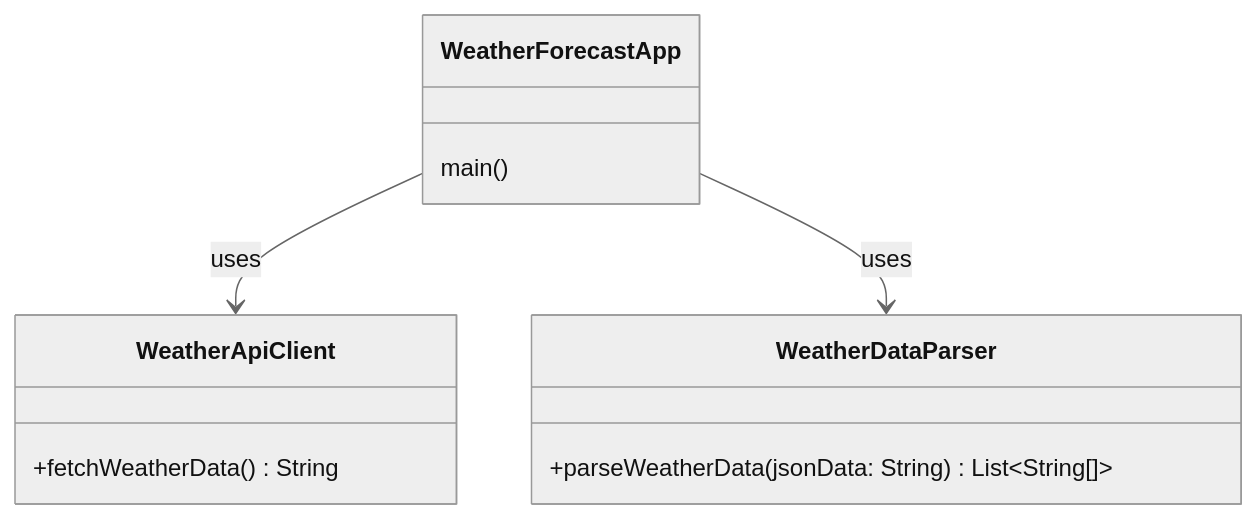
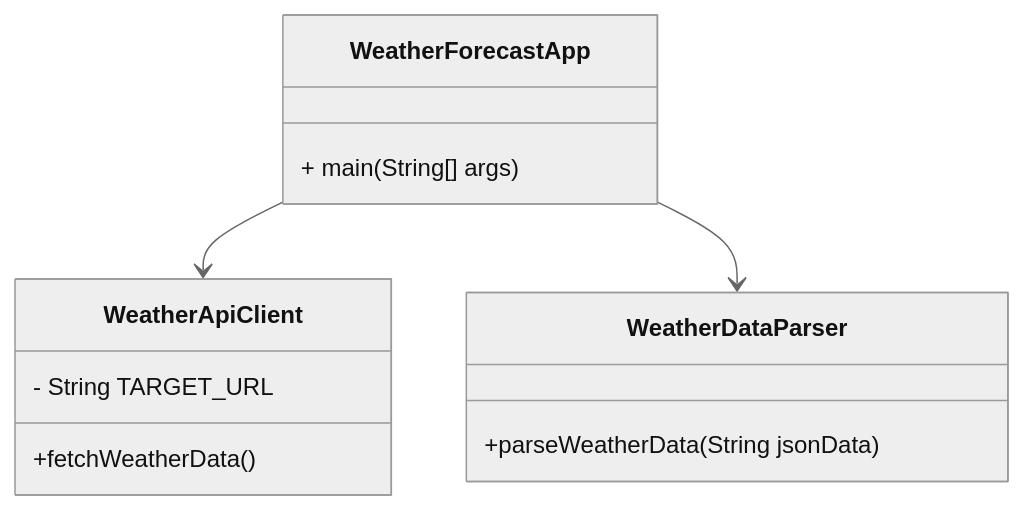
One commit to RIKI5121/WeatherForecastApp_modify changed the diagram in after.mmd. Above: the diagram before and after it, drawn with Mermaid (neutral theme).

Commit message:
構造化した

```diff
--- a/after.mmd
+++ b/after.mmd
@@ -1,15 +1,16 @@
 classDiagram
     class WeatherApiClient {
-        +fetchWeatherData() String
+        - String TARGET_URL
+        +fetchWeatherData()
     }
 
     class WeatherDataParser {
-        +parseWeatherData(jsonData: String) List~String[]~
+        +parseWeatherData(String jsonData)
     }
 
     class WeatherForecastApp {
-        main()
+        + main(String[] args)
     }
 
-    WeatherForecastApp --> WeatherApiClient : uses
-    WeatherForecastApp --> WeatherDataParser : uses
+    WeatherForecastApp --> WeatherApiClient
+    WeatherForecastApp --> WeatherDataParser
```
